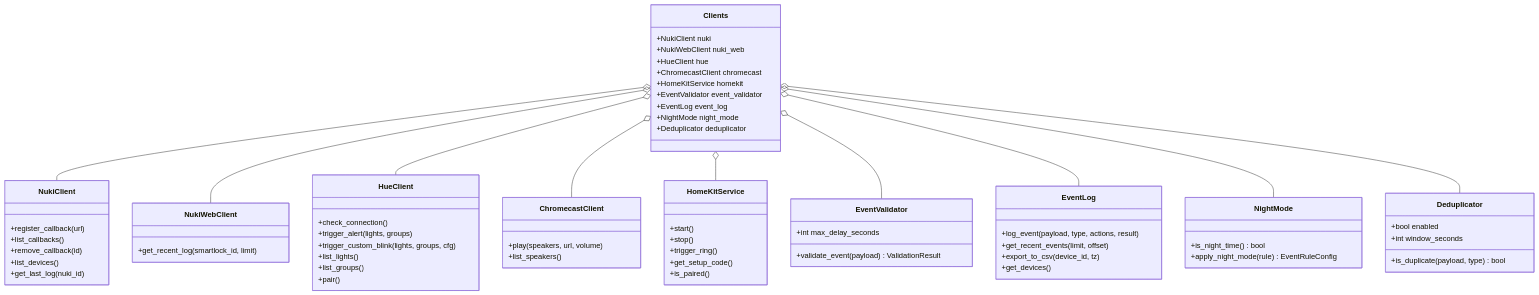
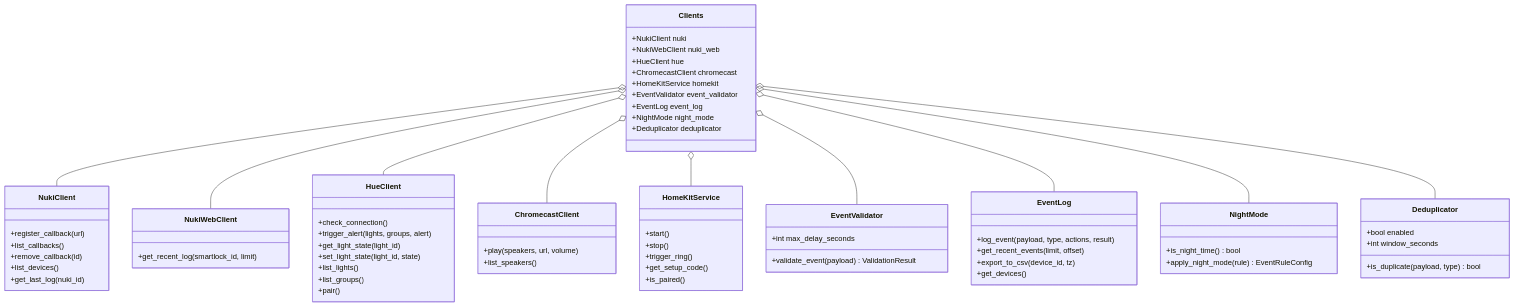
One commit to nicdobler/NukiBlinker changed the second of 8 diagrams in specs/tech-spec.md. Above: the diagram before and after it, drawn with Mermaid. The commit also changed other lines of this file and 15 other files, not shown here.

First line of the commit message:
feat(hue): replace custom blink with built-in short/long alert modes (#114)

````diff
--- a/specs/tech-spec.md
+++ b/specs/tech-spec.md
@@ -111,73 +111,74 @@
 ```mermaid
 classDiagram
     class Clients {
         +NukiClient nuki
         +NukiWebClient nuki_web
         +HueClient hue
         +ChromecastClient chromecast
         +HomeKitService homekit
         +EventValidator event_validator
         +EventLog event_log
         +NightMode night_mode
         +Deduplicator deduplicator
     }
 
     class NukiClient {
         +register_callback(url)
         +list_callbacks()
         +remove_callback(id)
         +list_devices()
         +get_last_log(nuki_id)
     }
     class NukiWebClient {
         +get_recent_log(smartlock_id, limit)
     }
     class HueClient {
         +check_connection()
-        +trigger_alert(lights, groups)
-        +trigger_custom_blink(lights, groups, cfg)
+        +trigger_alert(lights, groups, alert)
+        +get_light_state(light_id)
+        +set_light_state(light_id, state)
         +list_lights()
         +list_groups()
         +pair()
     }
     class ChromecastClient {
         +play(speakers, url, volume)
         +list_speakers()
     }
     class HomeKitService {
         +start()
         +stop()
         +trigger_ring()
         +get_setup_code()
         +is_paired()
     }
     class EventValidator {
         +int max_delay_seconds
         +validate_event(payload) ValidationResult
     }
     class EventLog {
         +log_event(payload, type, actions, result)
         +get_recent_events(limit, offset)
         +export_to_csv(device_id, tz)
         +get_devices()
     }
     class NightMode {
         +is_night_time() bool
         +apply_night_mode(rule) EventRuleConfig
     }
     class Deduplicator {
         +bool enabled
         +int window_seconds
         +is_duplicate(payload, type) bool
     }
 
     Clients o-- NukiClient
     Clients o-- NukiWebClient
     Clients o-- HueClient
     Clients o-- ChromecastClient
     Clients o-- HomeKitService
     Clients o-- EventValidator
     Clients o-- EventLog
     Clients o-- NightMode
     Clients o-- Deduplicator
 ```
````
